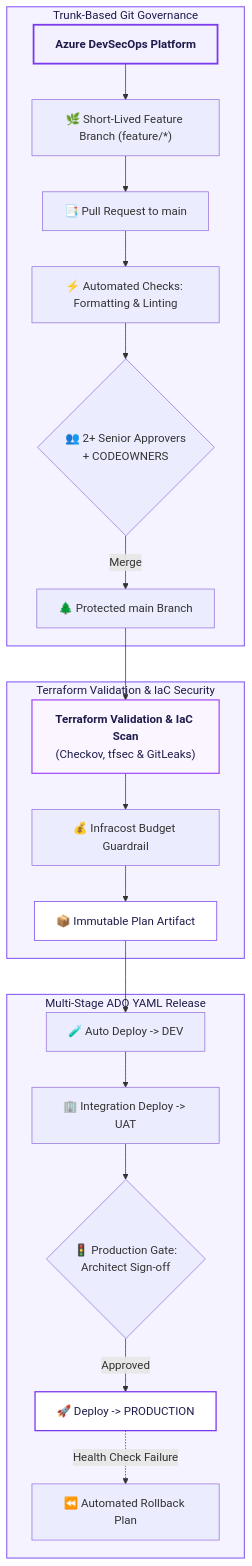
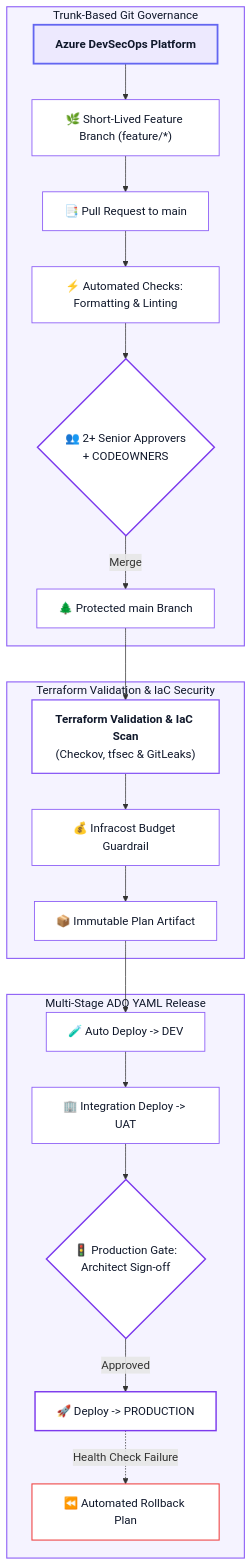
One commit to Ankitasingh-singh/Ankitasingh-singh changed the third of 10 diagrams in README.md. Above: the diagram before and after it, drawn with Mermaid. The commit also changed other lines of this file, not shown here.

````diff
--- a/README.md
+++ b/README.md
@@ -170,34 +211,45 @@
 ```mermaid
 flowchart TD
     ADOPlatform["<b>Azure DevSecOps Platform</b>"]
 
     subgraph GitStrategy["Trunk-Based Git Governance"]
         ADOPlatform --> FB["🌿 Short-Lived Feature Branch (feature/*)"]
         FB --> PR["📑 Pull Request to main"]
         PR --> PRChecks["⚡ Automated Checks: Formatting & Linting"]
         PRChecks --> Approvals{"👥 2+ Senior Approvers<br/>+ CODEOWNERS"}
         Approvals -->|"Merge"| MainBranch["🌲 Protected main Branch"]
     end
 
     subgraph IaCPipeline["Terraform Validation & IaC Security"]
         MainBranch --> IaCScan["<b>Terraform Validation & IaC Scan</b><br/>(Checkov, tfsec & GitLeaks)"]
         IaCScan --> CostEst["💰 Infracost Budget Guardrail"]
         CostEst --> StageArtifact["📦 Immutable Plan Artifact"]
     end
 
     subgraph ADOPipeline["Multi-Stage ADO YAML Release"]
         StageArtifact --> StageDev["🧪 Auto Deploy -> DEV"]
         StageDev --> StageUAT["🏢 Integration Deploy -> UAT"]
         StageUAT --> ProdGate{"🚦 Production Gate:<br/>Architect Sign-off"}
         ProdGate -->|"Approved"| StageProd["🚀 Deploy -> PRODUCTION"]
         StageProd -.->|"Health Check Failure"| Rollback["⏪ Automated Rollback Plan"]
     end
 
-    style ADOPlatform fill:#f3f0ff,stroke:#7c3aed,stroke-width:2.5px,color:#1e1b4b
-    style GitStrategy fill:#f5f3ff,stroke:#8b5cf6,stroke-width:1.5px,color:#1e1b4b
-    style IaCPipeline fill:#f5f3ff,stroke:#8b5cf6,stroke-width:1.5px,color:#1e1b4b
-    style ADOPipeline fill:#f5f3ff,stroke:#8b5cf6,stroke-width:1.5px,color:#1e1b4b
-    style IaCScan fill:#faf5ff,stroke:#a855f7,stroke-width:1.8px,color:#1e1b4b
-    style StageArtifact fill:#ffffff,stroke:#8b5cf6,stroke-width:1.2px,color:#1e1b4b
-    style StageProd fill:#ffffff,stroke:#7c3aed,stroke-width:1.8px,color:#1e1b4b
+    style ADOPlatform fill:#ede9fe,stroke:#6366f1,stroke-width:2.5px,color:#0f172a
+    style GitStrategy fill:#f5f3ff,stroke:#8b5cf6,stroke-width:1.5px,color:#0f172a
+    style IaCPipeline fill:#f5f3ff,stroke:#8b5cf6,stroke-width:1.5px,color:#0f172a
+    style ADOPipeline fill:#f5f3ff,stroke:#8b5cf6,stroke-width:1.5px,color:#0f172a
+
+    style FB fill:#ffffff,stroke:#8b5cf6,stroke-width:1.2px,color:#0f172a
+    style PR fill:#ffffff,stroke:#8b5cf6,stroke-width:1.2px,color:#0f172a
+    style PRChecks fill:#ffffff,stroke:#8b5cf6,stroke-width:1.2px,color:#0f172a
+    style Approvals fill:#ffffff,stroke:#7c3aed,stroke-width:2px,color:#0f172a
+    style MainBranch fill:#ffffff,stroke:#8b5cf6,stroke-width:1.2px,color:#0f172a
+    style IaCScan fill:#ffffff,stroke:#8b5cf6,stroke-width:1.8px,color:#0f172a
+    style CostEst fill:#ffffff,stroke:#8b5cf6,stroke-width:1.2px,color:#0f172a
+    style StageArtifact fill:#ffffff,stroke:#8b5cf6,stroke-width:1.2px,color:#0f172a
+    style StageDev fill:#ffffff,stroke:#8b5cf6,stroke-width:1.2px,color:#0f172a
+    style StageUAT fill:#ffffff,stroke:#8b5cf6,stroke-width:1.2px,color:#0f172a
+    style ProdGate fill:#ffffff,stroke:#7c3aed,stroke-width:2px,color:#0f172a
+    style StageProd fill:#ffffff,stroke:#7c3aed,stroke-width:2px,color:#0f172a
+    style Rollback fill:#ffffff,stroke:#ef4444,stroke-width:1.5px,color:#0f172a
 ```
````
